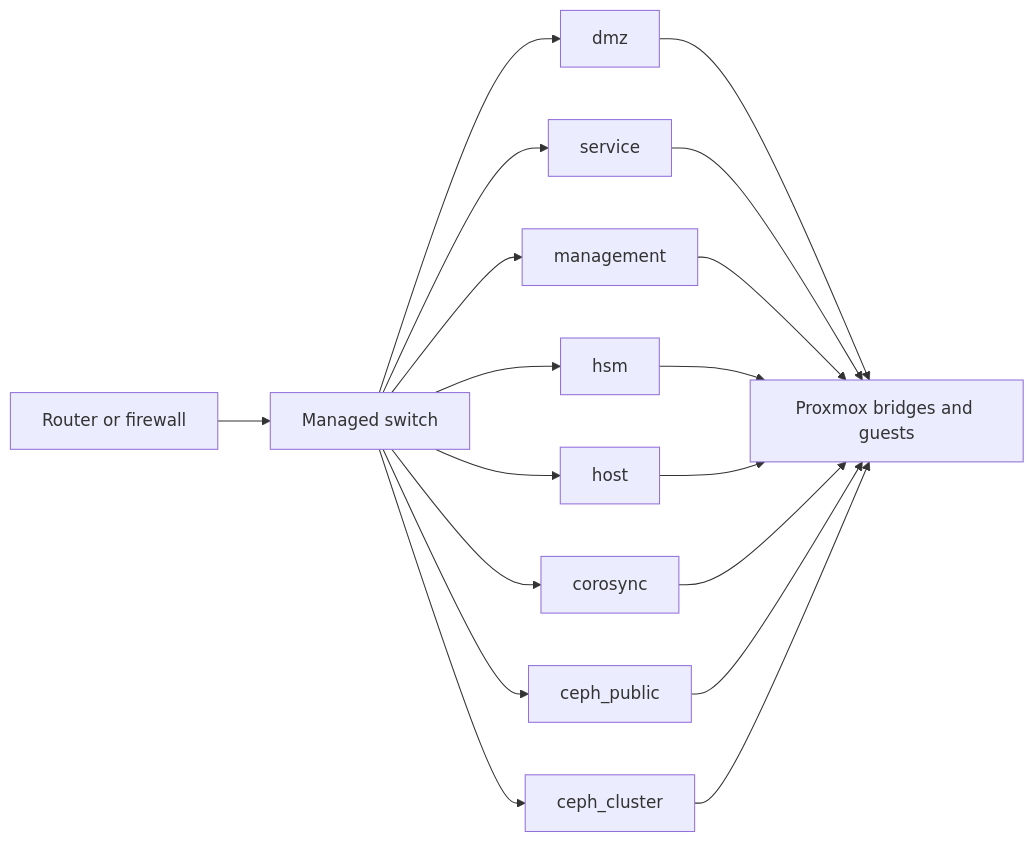
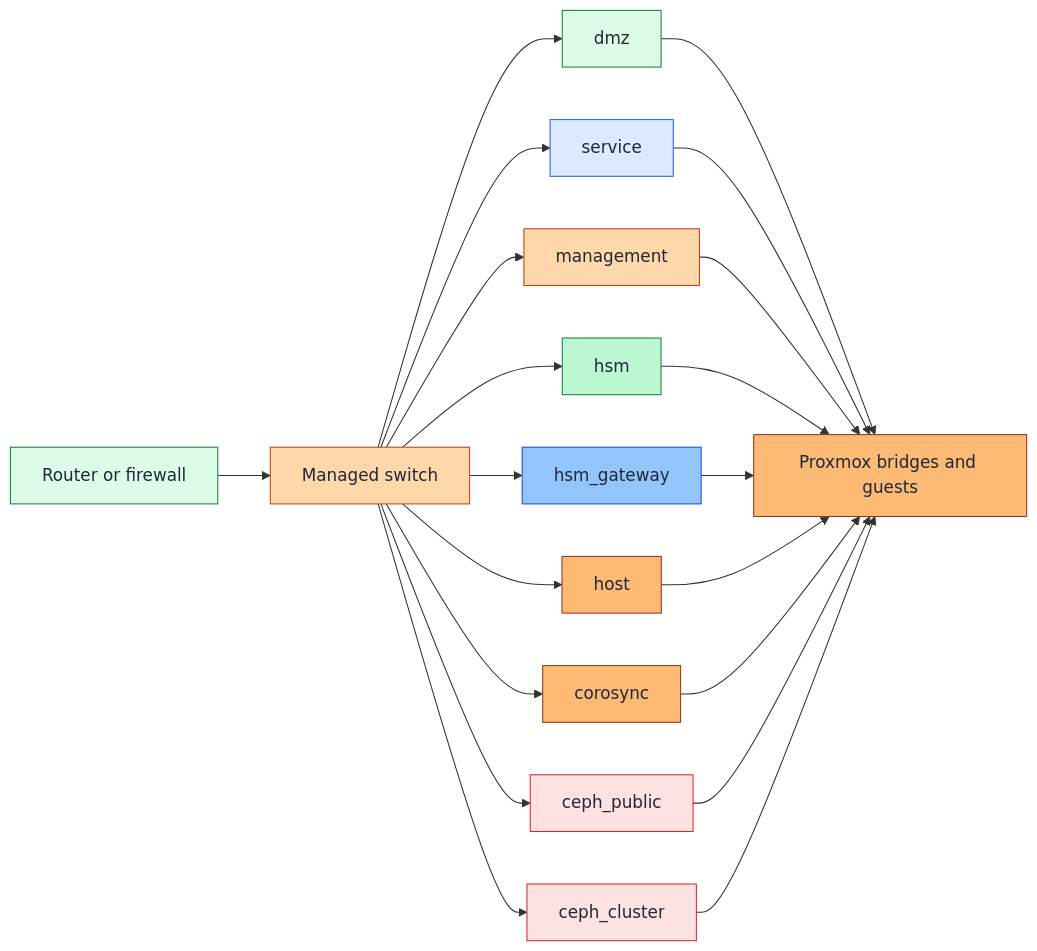
One commit to Rexus/homelab changed the diagram in docs/platforms/proxmox/network-prerequisites.md. Above: the diagram before and after it, drawn with Mermaid. The commit also changed other lines of this file and 22 other files, not shown here.

````diff
--- a/docs/platforms/proxmox/network-prerequisites.md
+++ b/docs/platforms/proxmox/network-prerequisites.md
@@ -50,32 +50,51 @@
 ```mermaid
 flowchart LR
     Router[Router or firewall]
     Switch[Managed switch]
     DMZ[dmz]
     Service[service]
     Mgmt[management]
     HSM[hsm]
+    HSMGateway[hsm_gateway]
     Host[host]
     Corosync[corosync]
     CephPublic[ceph_public]
     CephCluster[ceph_cluster]
     Proxmox[Proxmox bridges and guests]
 
     Router --> Switch
     Switch --> DMZ
     Switch --> Service
     Switch --> Mgmt
     Switch --> HSM
+    Switch --> HSMGateway
     Switch --> Host
     Switch --> Corosync
     Switch --> CephPublic
     Switch --> CephCluster
     DMZ --> Proxmox
     Service --> Proxmox
     Mgmt --> Proxmox
     HSM --> Proxmox
+    HSMGateway --> Proxmox
     Host --> Proxmox
     Corosync --> Proxmox
     CephPublic --> Proxmox
     CephCluster --> Proxmox
+
+    classDef edgeNode fill:#dcfce7,stroke:#15803d,color:#1f2937
+    classDef appNode fill:#dbeafe,stroke:#2563eb,color:#1f2937
+    classDef gatewayNode fill:#93c5fd,stroke:#1d4ed8,color:#1f2937
+    classDef mgmtNode fill:#fed7aa,stroke:#c2410c,color:#1f2937
+    classDef proxmoxNode fill:#fdba74,stroke:#9a3412,color:#1f2937
+    classDef hsmNode fill:#bbf7d0,stroke:#15803d,color:#1f2937
+    classDef cephNode fill:#fee2e2,stroke:#dc2626,color:#1f2937
+
+    class Router,DMZ edgeNode
+    class Service appNode
+    class HSMGateway gatewayNode
+    class Switch,Mgmt mgmtNode
+    class HSM hsmNode
+    class Host,Corosync,Proxmox proxmoxNode
+    class CephPublic,CephCluster cephNode
 ```
````
